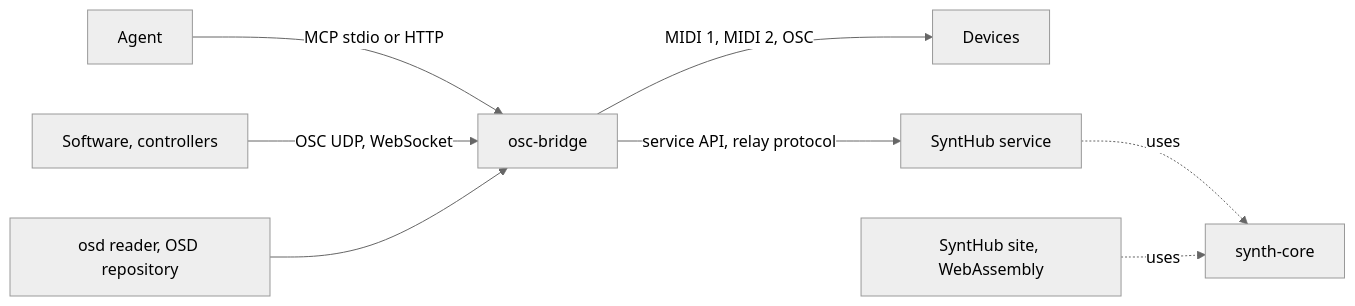
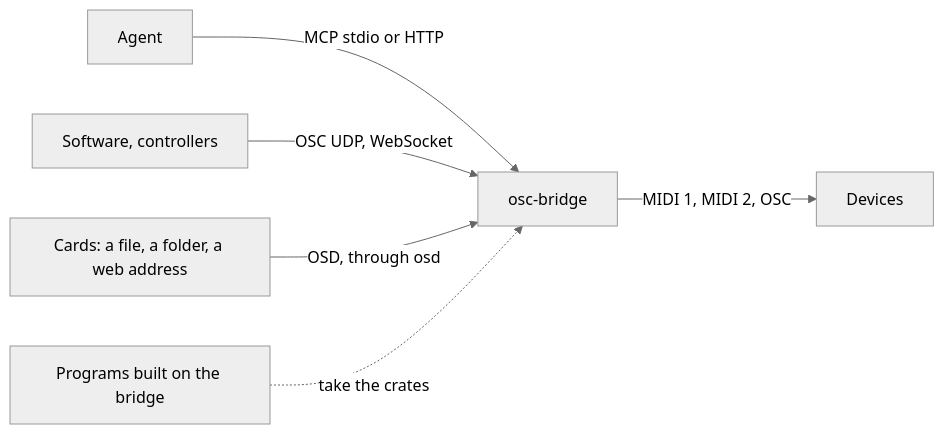
Before and after one commit to roomi-fields/osc-bridge: the first of 4 diagrams in docs/ARCHITECTURE.md, drawn with Mermaid (neutral theme). The commit also changed other lines of this file and 2 other files, not shown here.

Commit message:
docs: The architecture and the frame describe the bridge alone (OB-ud1.17)

````diff
--- a/docs/ARCHITECTURE.md
+++ b/docs/ARCHITECTURE.md
@@ -7,10 +7,8 @@
 ```mermaid
 flowchart LR
   agent[Agent] -- MCP stdio or HTTP --> app[osc-bridge]
   sw[Software, controllers] -- OSC UDP, WebSocket --> app
   app -- MIDI 1, MIDI 2, OSC --> dev[Devices]
-  app -- service API, relay protocol --> hub[SyntHub service]
-  osd[osd reader, OSD repository] --> app
-  hub -. uses .-> core[synth-core]
-  browser[SyntHub site, WebAssembly] -. uses .-> core
+  cards[Cards: a file, a folder, a web address] -- OSD, through osd --> app
+  prog[Programs built on the bridge] -. take the crates .-> app
 ```
````
